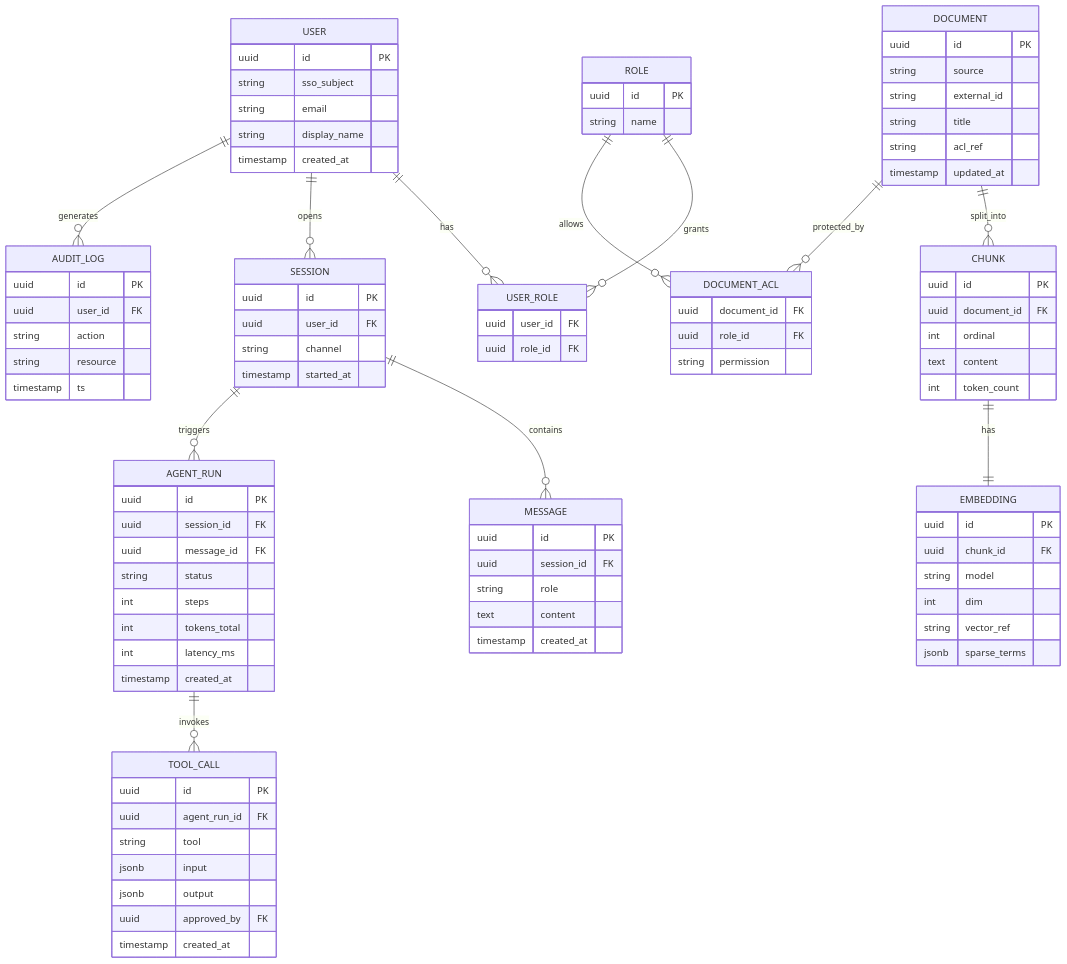
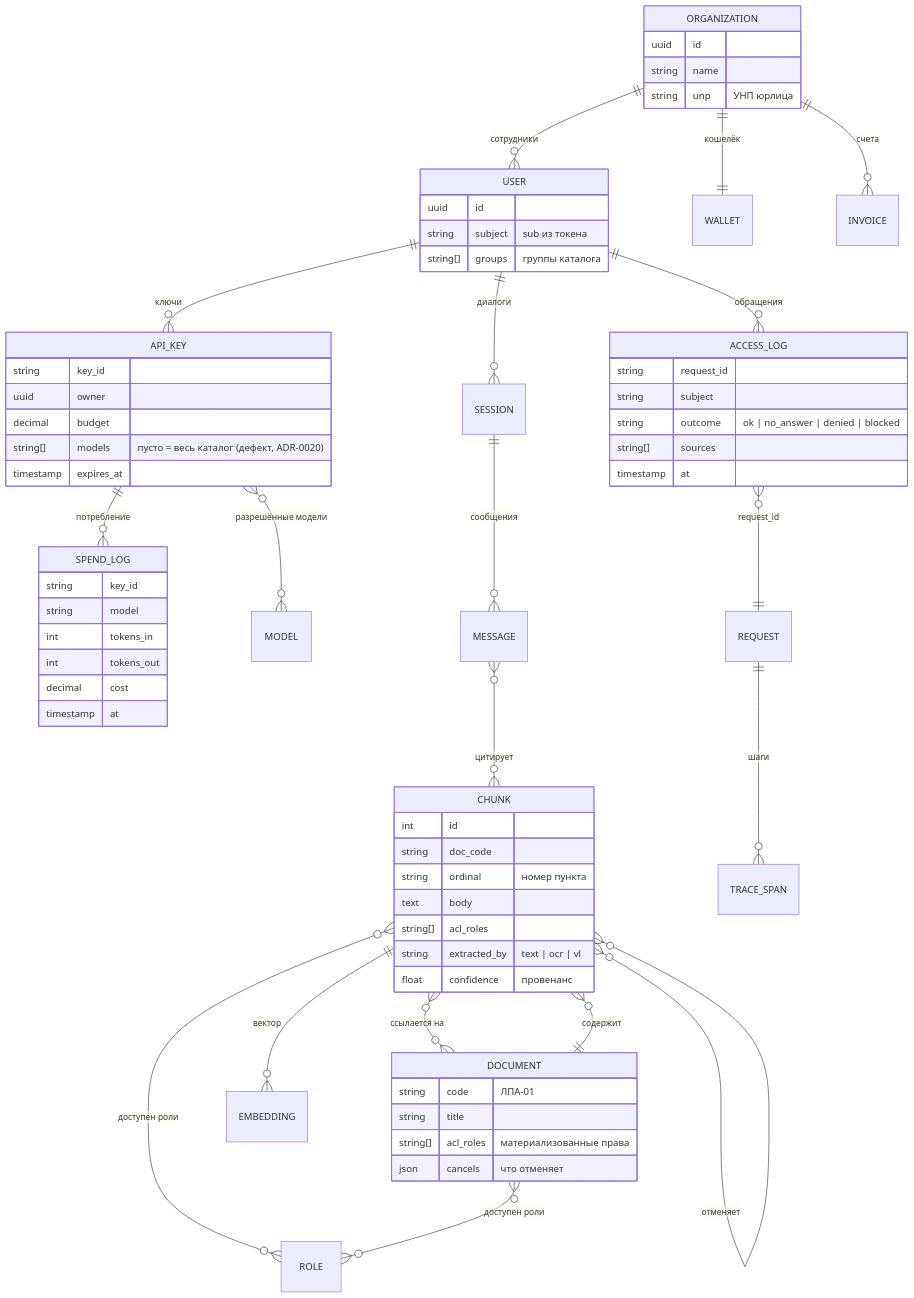
The second of 2 diagrams in final-project/docs/diagrams/sequence-er.md (ZubikIT/ai-architect), drawn with Mermaid before and after one commit. The commit also changed other lines of this file and 3 other files, not shown here.

````diff
--- a/final-project/docs/diagrams/sequence-er.md
+++ b/final-project/docs/diagrams/sequence-er.md
@@ -64,97 +78,72 @@
 ```mermaid
 erDiagram
-  USER ||--o{ USER_ROLE : has
-  ROLE ||--o{ USER_ROLE : grants
-  USER ||--o{ SESSION : opens
-  USER ||--o{ AUDIT_LOG : generates
-  SESSION ||--o{ MESSAGE : contains
-  SESSION ||--o{ AGENT_RUN : triggers
-  AGENT_RUN ||--o{ TOOL_CALL : invokes
-  DOCUMENT ||--o{ CHUNK : split_into
-  CHUNK ||--|| EMBEDDING : has
-  DOCUMENT ||--o{ DOCUMENT_ACL : protected_by
-  ROLE ||--o{ DOCUMENT_ACL : allows
+    ORGANIZATION ||--o{ USER : "сотрудники"
+    ORGANIZATION ||--|| WALLET : "кошелёк"
+    ORGANIZATION ||--o{ INVOICE : "счета"
+    USER ||--o{ API_KEY : "ключи"
+    API_KEY ||--o{ SPEND_LOG : "потребление"
+    API_KEY }o--o{ MODEL : "разрешённые модели"
 
-  USER {
-    uuid id PK
-    string sso_subject
-    string email
-    string display_name
-    timestamp created_at
-  }
-  ROLE {
-    uuid id PK
-    string name
-  }
-  USER_ROLE {
-    uuid user_id FK
-    uuid role_id FK
-  }
-  DOCUMENT {
-    uuid id PK
-    string source
-    string external_id
-    string title
-    string acl_ref
-    timestamp updated_at
-  }
-  CHUNK {
-    uuid id PK
-    uuid document_id FK
-    int ordinal
-    text content
-    int token_count
-  }
-  EMBEDDING {
-    uuid id PK
-    uuid chunk_id FK
-    string model
-    int dim
-    string vector_ref
-    jsonb sparse_terms
-  }
-  DOCUMENT_ACL {
-    uuid document_id FK
-    uuid role_id FK
-    string permission
-  }
-  SESSION {
-    uuid id PK
-    uuid user_id FK
-    string channel
-    timestamp started_at
-  }
-  MESSAGE {
-    uuid id PK
-    uuid session_id FK
-    string role
-    text content
-    timestamp created_at
-  }
-  AGENT_RUN {
-    uuid id PK
-    uuid session_id FK
-    uuid message_id FK
-    string status
-    int steps
-    int tokens_total
-    int latency_ms
-    timestamp created_at
-  }
-  TOOL_CALL {
-    uuid id PK
-    uuid agent_run_id FK
-    string tool
-    jsonb input
-    jsonb output
-    uuid approved_by FK
-    timestamp created_at
-  }
-  AUDIT_LOG {
-    uuid id PK
-    uuid user_id FK
-    string action
-    string resource
-    timestamp ts
-  }
+    DOCUMENT ||--o{ CHUNK : "содержит"
+    CHUNK }o--o{ ROLE : "доступен роли"
+    DOCUMENT }o--o{ ROLE : "доступен роли"
+    CHUNK ||--o{ EMBEDDING : "вектор"
+    CHUNK }o--o{ CHUNK : "отменяет"
+    CHUNK }o--o{ DOCUMENT : "ссылается на"
+
+    USER ||--o{ SESSION : "диалоги"
+    SESSION ||--o{ MESSAGE : "сообщения"
+    MESSAGE }o--o{ CHUNK : "цитирует"
+
+    USER ||--o{ ACCESS_LOG : "обращения"
+    ACCESS_LOG }o--|| REQUEST : "request_id"
+    REQUEST ||--o{ TRACE_SPAN : "шаги"
+
+    ORGANIZATION {
+        uuid id
+        string name
+        string unp "УНП юрлица"
+    }
+    USER {
+        uuid id
+        string subject "sub из токена"
+        string[] groups "группы каталога"
+    }
+    API_KEY {
+        string key_id
+        uuid owner
+        decimal budget
+        string[] models "пусто = весь каталог (дефект, ADR-0020)"
+        timestamp expires_at
+    }
+    SPEND_LOG {
+        string key_id
+        string model
+        int tokens_in
+        int tokens_out
+        decimal cost
+        timestamp at
+    }
+    DOCUMENT {
+        string code "ЛПА-01"
+        string title
+        string[] acl_roles "материализованные права"
+        json cancels "что отменяет"
+    }
+    CHUNK {
+        int id
+        string doc_code
+        string ordinal "номер пункта"
+        text body
+        string[] acl_roles
+        string extracted_by "text | ocr | vl"
+        float confidence "провенанс"
+    }
+    ACCESS_LOG {
+        string request_id
+        string subject
+        string outcome "ok | no_answer | denied | blocked"
+        string[] sources
+        timestamp at
+    }
 ```
````
